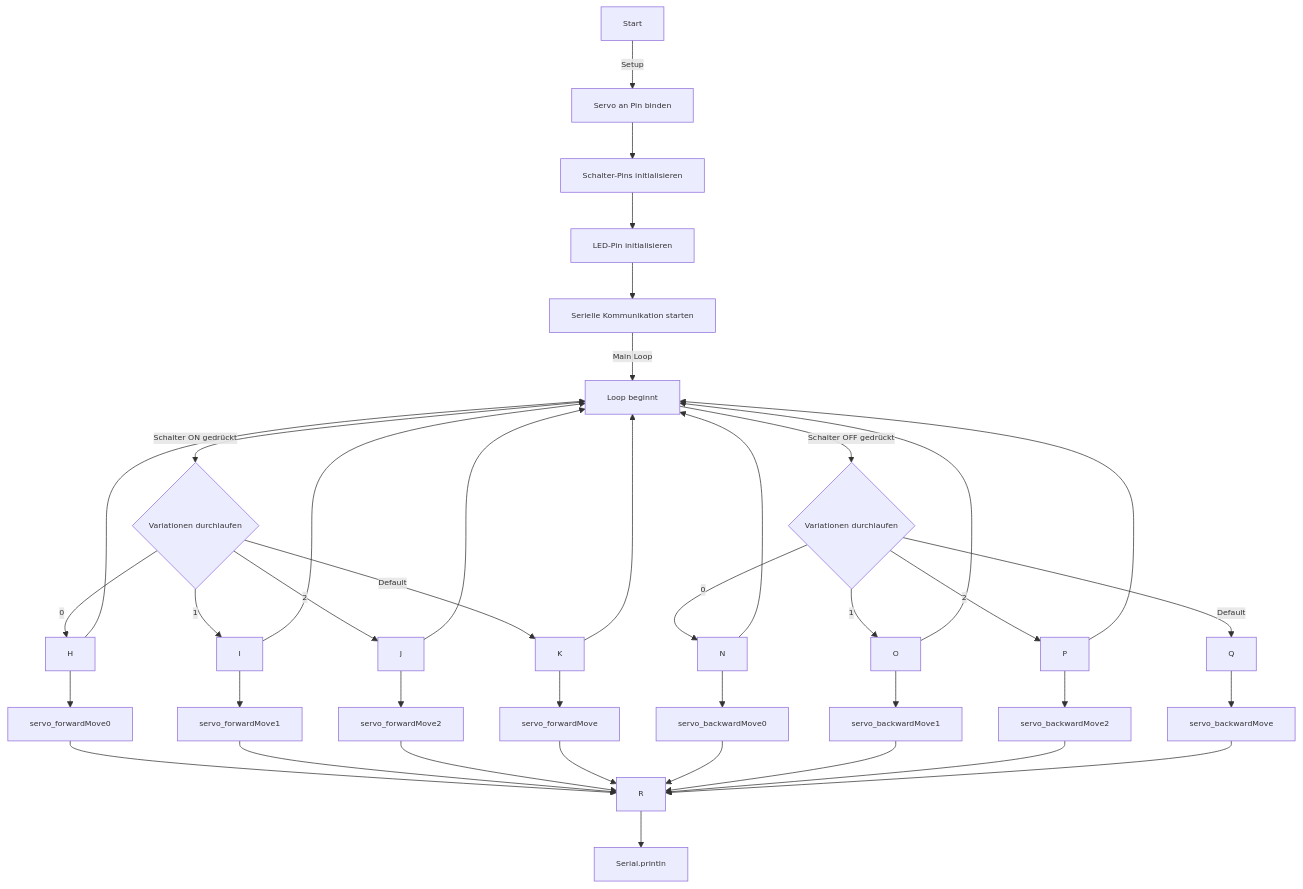
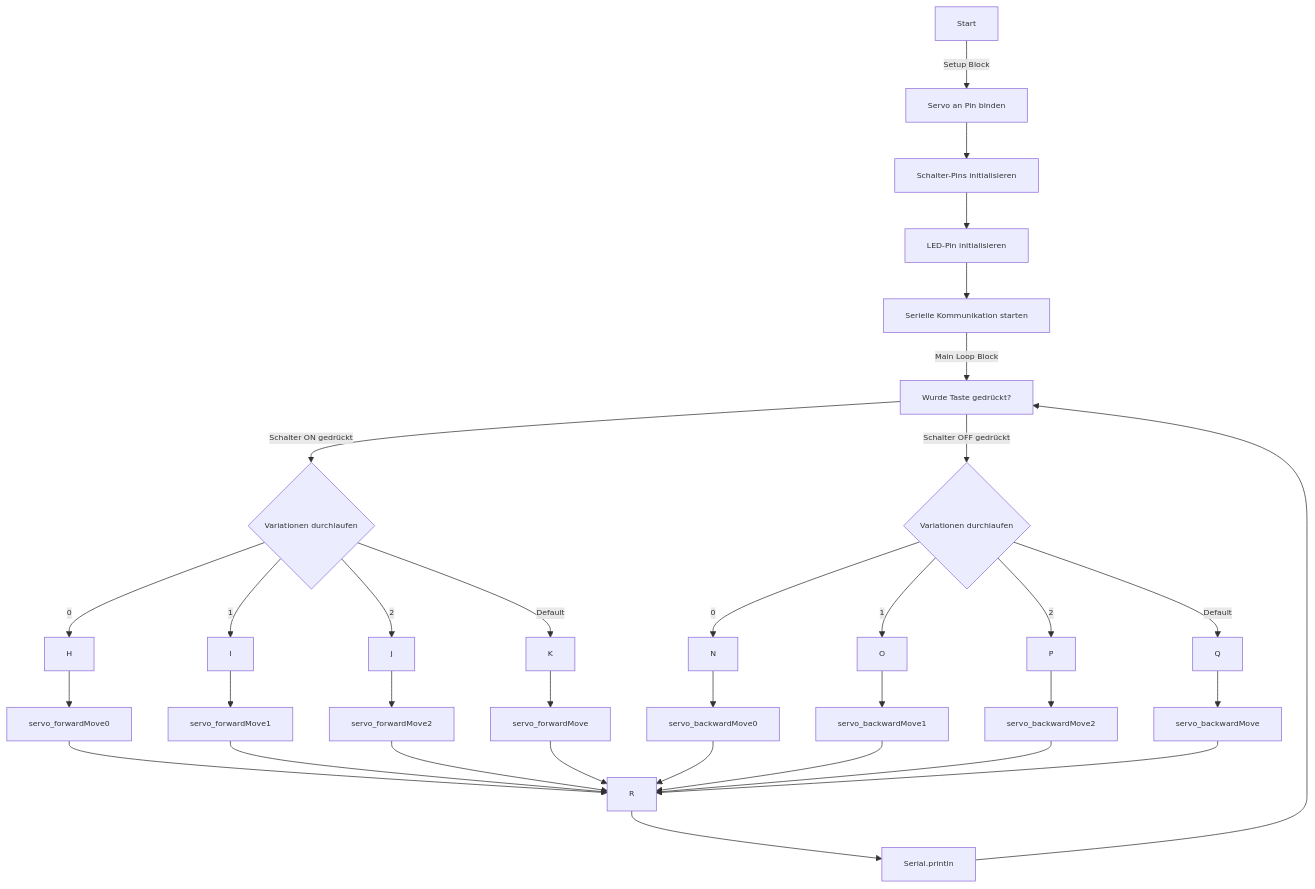
The diagram in notebook/README.md (brendlers/uselessBox), drawn with Mermaid before and after one commit. The commit also changed other lines of this file and 5 other files, not shown here.

````diff
--- a/notebook/README.md
+++ b/notebook/README.md
@@ -71,44 +71,36 @@
 ```mermaid
 graph TD;
 %%{init: {"themeVariables": {"fontSize": "8pt"}}}%%
 
-    A[Start] -->|Setup| B[Servo an Pin binden];
+    A[Start] -->|Setup Block| B[Servo an Pin binden];
     B --> C[Schalter-Pins initialisieren];
     C --> D[LED-Pin initialisieren];
     D --> E[Serielle Kommunikation starten];
-    E --> |Main Loop| F[Loop beginnt];
+    E --> |Main Loop Block| F[Wurde Taste gedrückt?];
     
     F -->|Schalter ON gedrückt| G{Variationen durchlaufen};
     G -->|0| H-->servo_forwardMove0;
     G -->|1| I-->servo_forwardMove1;
     G -->|2| J-->servo_forwardMove2;
     G -->|Default| K-->servo_forwardMove;
-    R --> L[Serial.println];
+
     
     F -->|Schalter OFF gedrückt| M{Variationen durchlaufen};
     M -->|0| N-->servo_backwardMove0;
     M -->|1| O-->servo_backwardMove1;
     M -->|2| P-->servo_backwardMove2;
     M -->|Default| Q-->servo_backwardMove;
 
 	servo_forwardMove0 --> R;
 	servo_forwardMove1 --> R;
 	servo_forwardMove2 --> R;
     servo_forwardMove --> R;
 
 	servo_backwardMove0 --> R;
 	servo_backwardMove1 --> R;
 	servo_backwardMove2 --> R;
 	servo_backwardMove --> R;
-
 	
-	
-	H --> F;
-    I --> F;
-    J --> F;
-    K --> F;
-    N --> F;
-    O --> F;
-    P --> F;
-
+	R --> L[Serial.println];
+	L --> F
 ```
````
